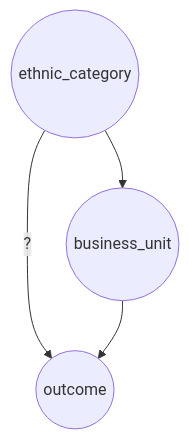
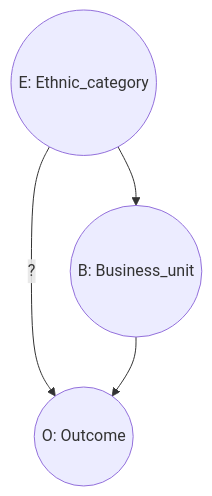
Before and after one commit to mkffl/mkffl.github.io: the diagram in _posts/2022-09-01-mediation.markdown, drawn with Mermaid. The commit also changed other lines of this file, not shown here.

```diff
--- a/_posts/2022-09-01-mediation.markdown
+++ b/_posts/2022-09-01-mediation.markdown
@@ -40,10 +42,10 @@
 <div class="mermaid" style="width:180px; margin:0 auto;">
 graph TD
-E((ethnic_category))
-D((business_unit))
-O((outcome))
+E((E: Ethnic_category))
+D((B: Business_unit))
+O((O: Outcome))
 
 E --> D
 E -->|?| O
 D --> O
 </div>
```
